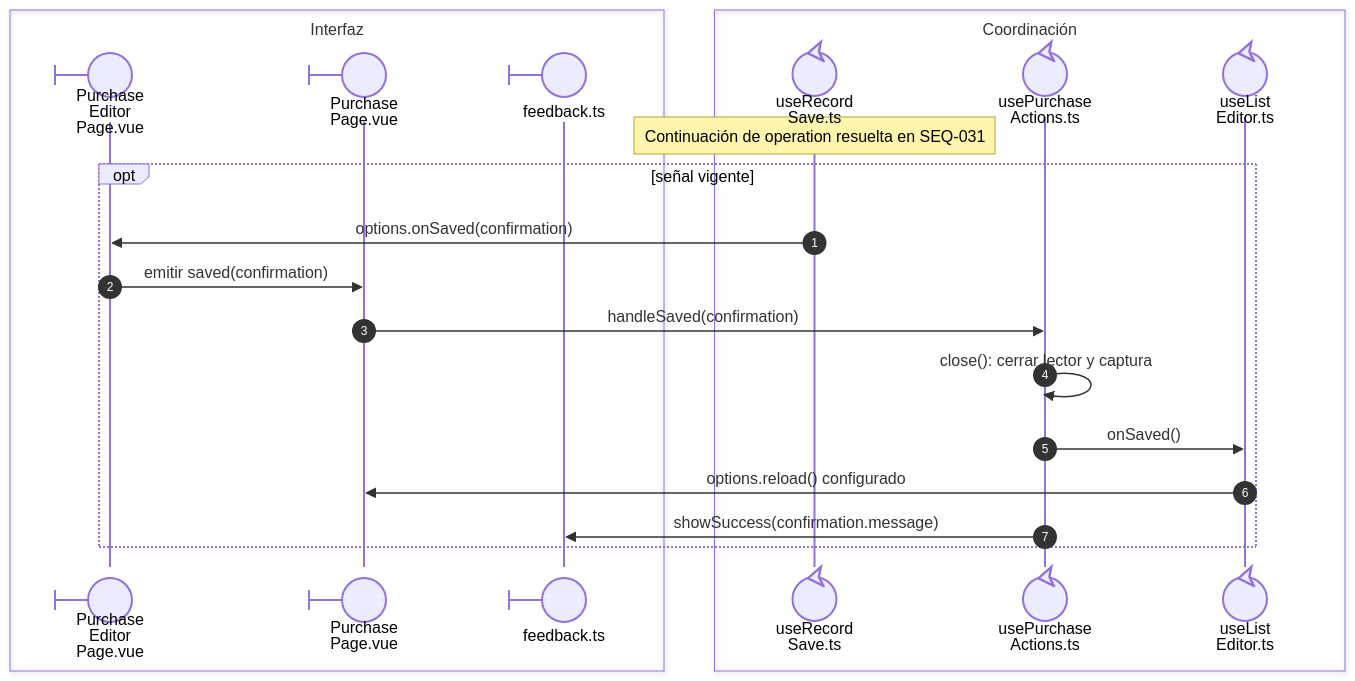
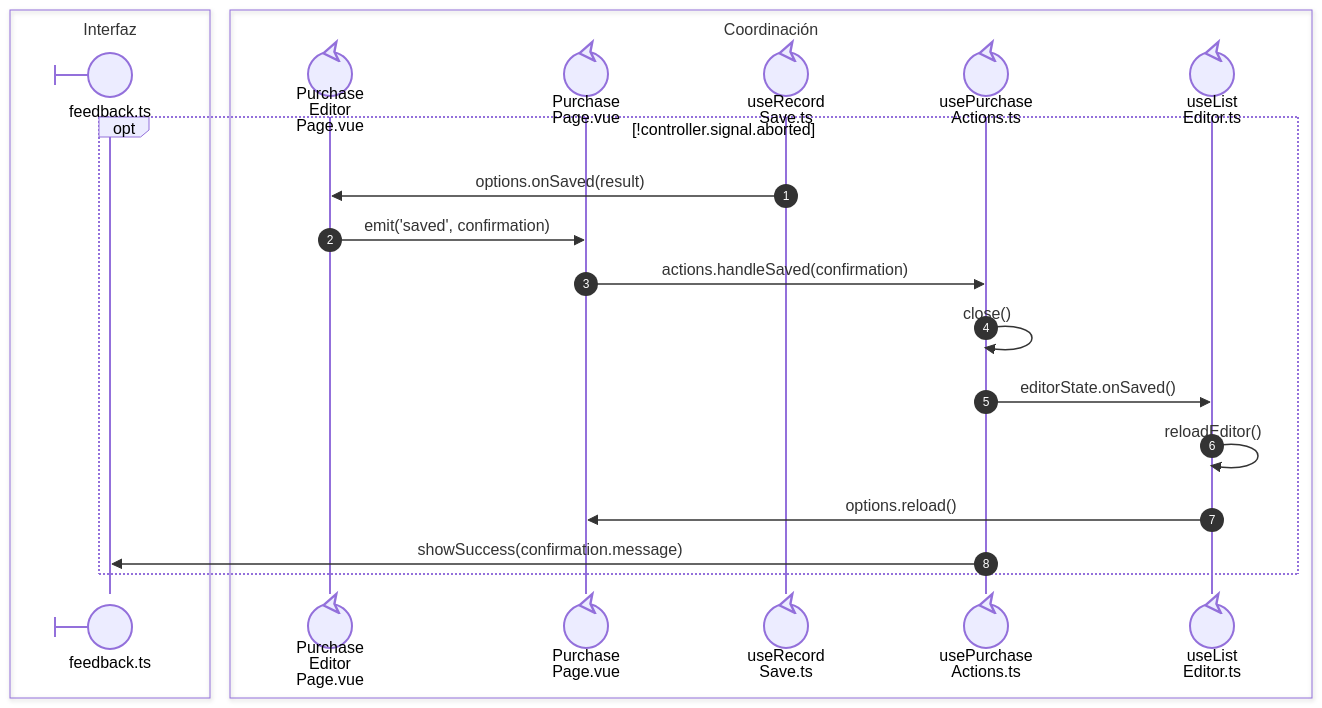
The third of 3 diagrams in front/docs/architecture/views/processes/06-purchases/02-purchase-save.md (gpgsistemas01/nexus), drawn with Mermaid before and after one commit. The commit also changed other lines of this file and 43 other files, not shown here.

````diff
--- a/front/docs/architecture/views/processes/06-purchases/02-purchase-save.md
+++ b/front/docs/architecture/views/processes/06-purchases/02-purchase-save.md
@@ -133,24 +91,24 @@
 ```mermaid
 sequenceDiagram
     autonumber
     box Interfaz
-    participant EditorPage@{ "type": "boundary" } as Purchase<br/>Editor<br/>Page.vue
-    participant Page@{ "type": "boundary" } as Purchase<br/>Page.vue
     participant Feedback@{ "type": "boundary" } as feedback.ts
     end
     box Coordinación
+    participant EditorPage@{ "type": "control" } as Purchase<br/>Editor<br/>Page.vue
+    participant Page@{ "type": "control" } as Purchase<br/>Page.vue
     participant Save@{ "type": "control" } as useRecord<br/>Save.ts
     participant Actions@{ "type": "control" } as usePurchase<br/>Actions.ts
     participant State@{ "type": "control" } as useList<br/>Editor.ts
     end
-    Note over Save: Continuación de operation resuelta en SEQ-031
-    opt señal vigente
-        Save->>EditorPage: options.onSaved(confirmation)
-        EditorPage->>Page: emitir saved(confirmation)
-        Page->>Actions: handleSaved(confirmation)
-        Actions->>Actions: close(): cerrar lector y captura
-        Actions->>State: onSaved()
-        State->>Page: options.reload() configurado
-        Actions->>Feedback: showSuccess(confirmation.message)
+    opt nowrap: !controller.signal.aborted
+        Save->>EditorPage: nowrap: options.onSaved(result)
+        EditorPage->>Page: nowrap: emit('saved', confirmation)
+        Page->>Actions: nowrap: actions.handleSaved(confirmation)
+        Actions->>Actions: nowrap: close()
+        Actions->>State: nowrap: editorState.onSaved()
+        State->>State: nowrap: reloadEditor()
+        State->>Page: nowrap: options.reload()
+        Actions->>Feedback: nowrap: showSuccess(confirmation.message)
     end
 ```
````
